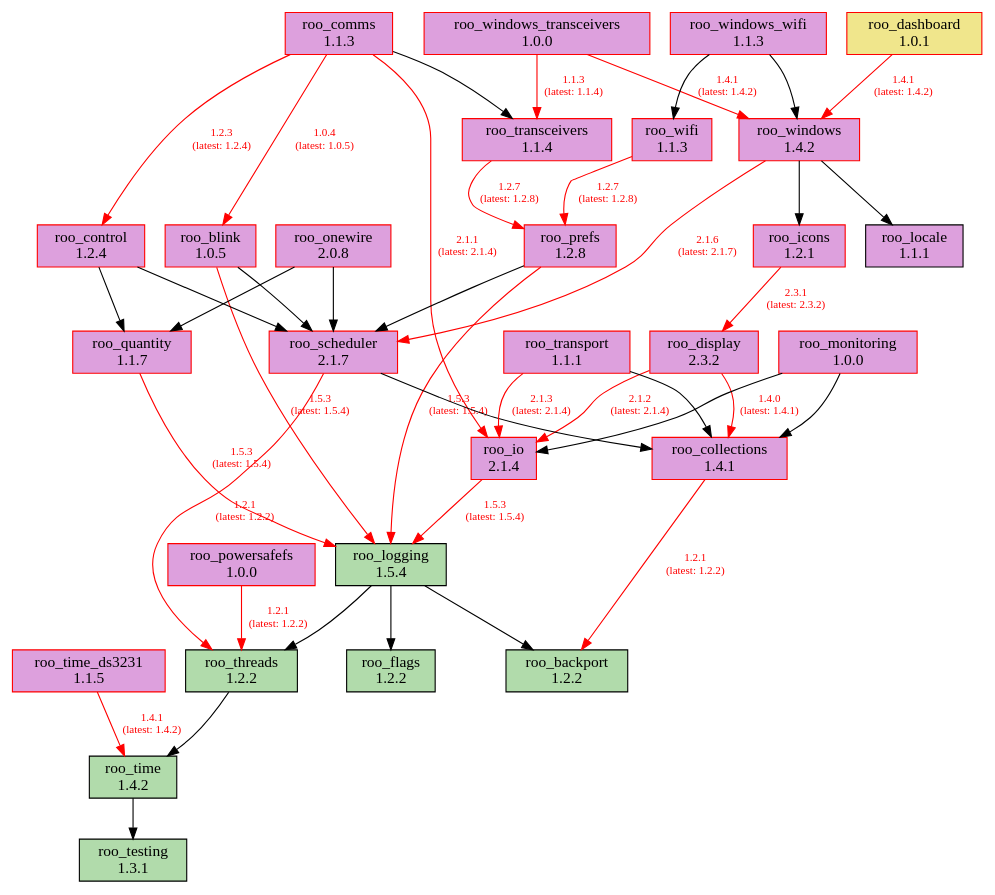
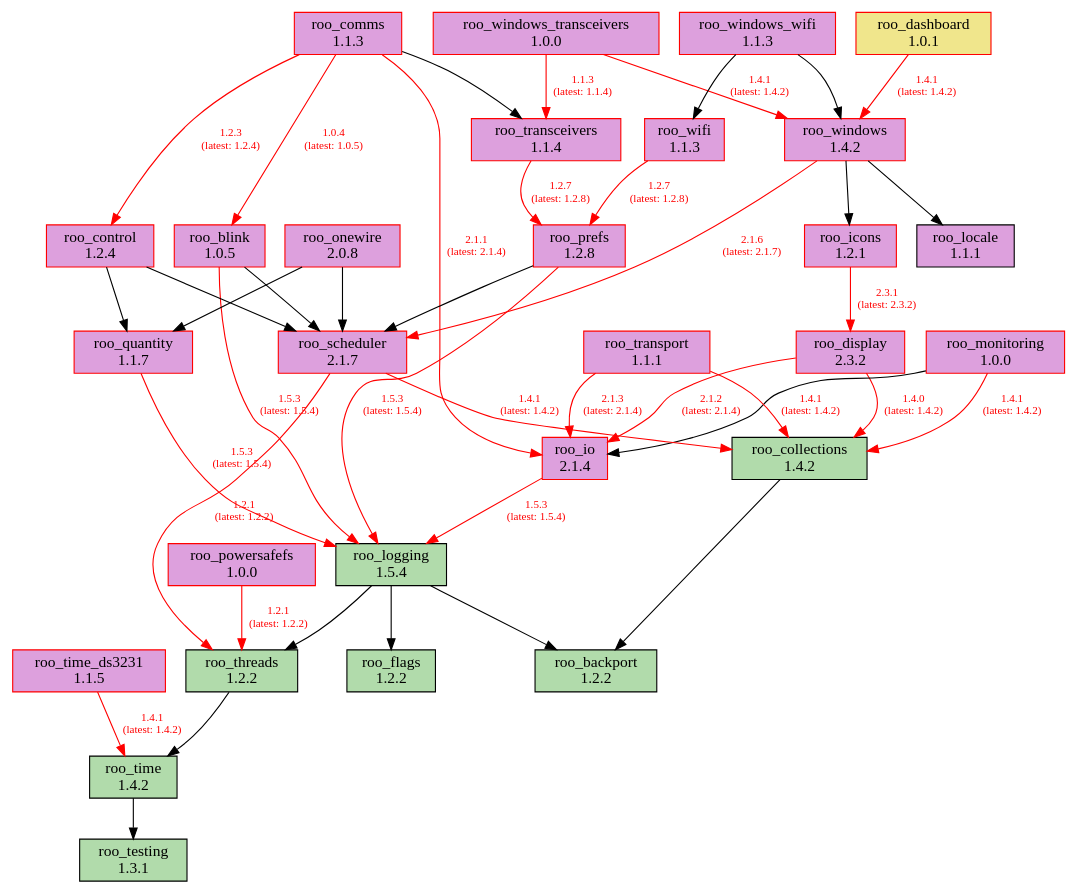
The diagram in doc/dependencies.dot (dejwk/roo-registry), drawn with Graphviz before and after one commit. The commit also changed 3 other files, not shown here.

Commit message:
Added roo_collections 1.4.2 to the registry.

```diff
--- a/doc/dependencies.dot
+++ b/doc/dependencies.dot
@@ -1,78 +1,78 @@
 digraph dependencies {
     rankdir=TB;
     node [shape=box, style=filled];
     edge [fontsize=10];
 
     // Modules
     "roo_backport" [label="roo_backport\n1.2.2", fillcolor="#b1dbab", color="black"];
     "roo_blink" [label="roo_blink\n1.0.5", fillcolor="plum", color="red"];
-    "roo_collections" [label="roo_collections\n1.4.1", fillcolor="plum", color="red"];
+    "roo_collections" [label="roo_collections\n1.4.2", fillcolor="#b1dbab", color="black"];
     "roo_comms" [label="roo_comms\n1.1.3", fillcolor="plum", color="red"];
     "roo_control" [label="roo_control\n1.2.4", fillcolor="plum", color="red"];
     "roo_dashboard" [label="roo_dashboard\n1.0.1", fillcolor="khaki", color="red"];
     "roo_display" [label="roo_display\n2.3.2", fillcolor="plum", color="red"];
     "roo_flags" [label="roo_flags\n1.2.2", fillcolor="#b1dbab", color="black"];
     "roo_icons" [label="roo_icons\n1.2.1", fillcolor="plum", color="red"];
     "roo_io" [label="roo_io\n2.1.4", fillcolor="plum", color="red"];
     "roo_locale" [label="roo_locale\n1.1.1", fillcolor="plum", color="black"];
     "roo_logging" [label="roo_logging\n1.5.4", fillcolor="#b1dbab", color="black"];
     "roo_monitoring" [label="roo_monitoring\n1.0.0", fillcolor="plum", color="red"];
     "roo_onewire" [label="roo_onewire\n2.0.8", fillcolor="plum", color="red"];
     "roo_powersafefs" [label="roo_powersafefs\n1.0.0", fillcolor="plum", color="red"];
     "roo_prefs" [label="roo_prefs\n1.2.8", fillcolor="plum", color="red"];
     "roo_quantity" [label="roo_quantity\n1.1.7", fillcolor="plum", color="red"];
     "roo_scheduler" [label="roo_scheduler\n2.1.7", fillcolor="plum", color="red"];
     "roo_testing" [label="roo_testing\n1.3.1", fillcolor="#b1dbab", color="black"];
     "roo_threads" [label="roo_threads\n1.2.2", fillcolor="#b1dbab", color="black"];
     "roo_time" [label="roo_time\n1.4.2", fillcolor="#b1dbab", color="black"];
     "roo_time_ds3231" [label="roo_time_ds3231\n1.1.5", fillcolor="plum", color="red"];
     "roo_transceivers" [label="roo_transceivers\n1.1.4", fillcolor="plum", color="red"];
     "roo_transport" [label="roo_transport\n1.1.1", fillcolor="plum", color="red"];
     "roo_wifi" [label="roo_wifi\n1.1.3", fillcolor="plum", color="red"];
     "roo_windows" [label="roo_windows\n1.4.2", fillcolor="plum", color="red"];
     "roo_windows_transceivers" [label="roo_windows_transceivers\n1.0.0", fillcolor="plum", color="red"];
     "roo_windows_wifi" [label="roo_windows_wifi\n1.1.3", fillcolor="plum", color="red"];
 
     // Dependencies
     "roo_blink" -> "roo_logging" [color=red, fontcolor=red, label="1.5.3\n(latest: 1.5.4)"];
     "roo_blink" -> "roo_scheduler";
-    "roo_collections" -> "roo_backport" [color=red, fontcolor=red, label="1.2.1\n(latest: 1.2.2)"];
+    "roo_collections" -> "roo_backport";
     "roo_comms" -> "roo_blink" [color=red, fontcolor=red, label="1.0.4\n(latest: 1.0.5)"];
     "roo_comms" -> "roo_control" [color=red, fontcolor=red, label="1.2.3\n(latest: 1.2.4)"];
     "roo_comms" -> "roo_io" [color=red, fontcolor=red, label="2.1.1\n(latest: 2.1.4)"];
     "roo_comms" -> "roo_transceivers";
     "roo_control" -> "roo_quantity";
     "roo_control" -> "roo_scheduler";
     "roo_dashboard" -> "roo_windows" [color=red, fontcolor=red, label="1.4.1\n(latest: 1.4.2)"];
-    "roo_display" -> "roo_collections" [color=red, fontcolor=red, label="1.4.0\n(latest: 1.4.1)"];
+    "roo_display" -> "roo_collections" [color=red, fontcolor=red, label="1.4.0\n(latest: 1.4.2)"];
     "roo_display" -> "roo_io" [color=red, fontcolor=red, label="2.1.2\n(latest: 2.1.4)"];
     "roo_icons" -> "roo_display" [color=red, fontcolor=red, label="2.3.1\n(latest: 2.3.2)"];
     "roo_io" -> "roo_logging" [color=red, fontcolor=red, label="1.5.3\n(latest: 1.5.4)"];
     "roo_logging" -> "roo_backport";
     "roo_logging" -> "roo_flags";
     "roo_logging" -> "roo_threads";
-    "roo_monitoring" -> "roo_collections";
+    "roo_monitoring" -> "roo_collections" [color=red, fontcolor=red, label="1.4.1\n(latest: 1.4.2)"];
     "roo_monitoring" -> "roo_io";
     "roo_onewire" -> "roo_scheduler";
     "roo_onewire" -> "roo_quantity";
     "roo_powersafefs" -> "roo_threads" [color=red, fontcolor=red, label="1.2.1\n(latest: 1.2.2)"];
     "roo_prefs" -> "roo_logging" [color=red, fontcolor=red, label="1.5.3\n(latest: 1.5.4)"];
     "roo_prefs" -> "roo_scheduler";
     "roo_quantity" -> "roo_logging" [color=red, fontcolor=red, label="1.5.3\n(latest: 1.5.4)"];
-    "roo_scheduler" -> "roo_collections";
+    "roo_scheduler" -> "roo_collections" [color=red, fontcolor=red, label="1.4.1\n(latest: 1.4.2)"];
     "roo_scheduler" -> "roo_threads" [color=red, fontcolor=red, label="1.2.1\n(latest: 1.2.2)"];
     "roo_threads" -> "roo_time";
     "roo_time" -> "roo_testing";
     "roo_time_ds3231" -> "roo_time" [color=red, fontcolor=red, label="1.4.1\n(latest: 1.4.2)"];
     "roo_transceivers" -> "roo_prefs" [color=red, fontcolor=red, label="1.2.7\n(latest: 1.2.8)"];
-    "roo_transport" -> "roo_collections";
+    "roo_transport" -> "roo_collections" [color=red, fontcolor=red, label="1.4.1\n(latest: 1.4.2)"];
     "roo_transport" -> "roo_io" [color=red, fontcolor=red, label="2.1.3\n(latest: 2.1.4)"];
     "roo_wifi" -> "roo_prefs" [color=red, fontcolor=red, label="1.2.7\n(latest: 1.2.8)"];
     "roo_windows" -> "roo_locale";
     "roo_windows" -> "roo_icons";
     "roo_windows" -> "roo_scheduler" [color=red, fontcolor=red, label="2.1.6\n(latest: 2.1.7)"];
     "roo_windows_transceivers" -> "roo_transceivers" [color=red, fontcolor=red, label="1.1.3\n(latest: 1.1.4)"];
     "roo_windows_transceivers" -> "roo_windows" [color=red, fontcolor=red, label="1.4.1\n(latest: 1.4.2)"];
     "roo_windows_wifi" -> "roo_wifi";
     "roo_windows_wifi" -> "roo_windows";
 }
```
